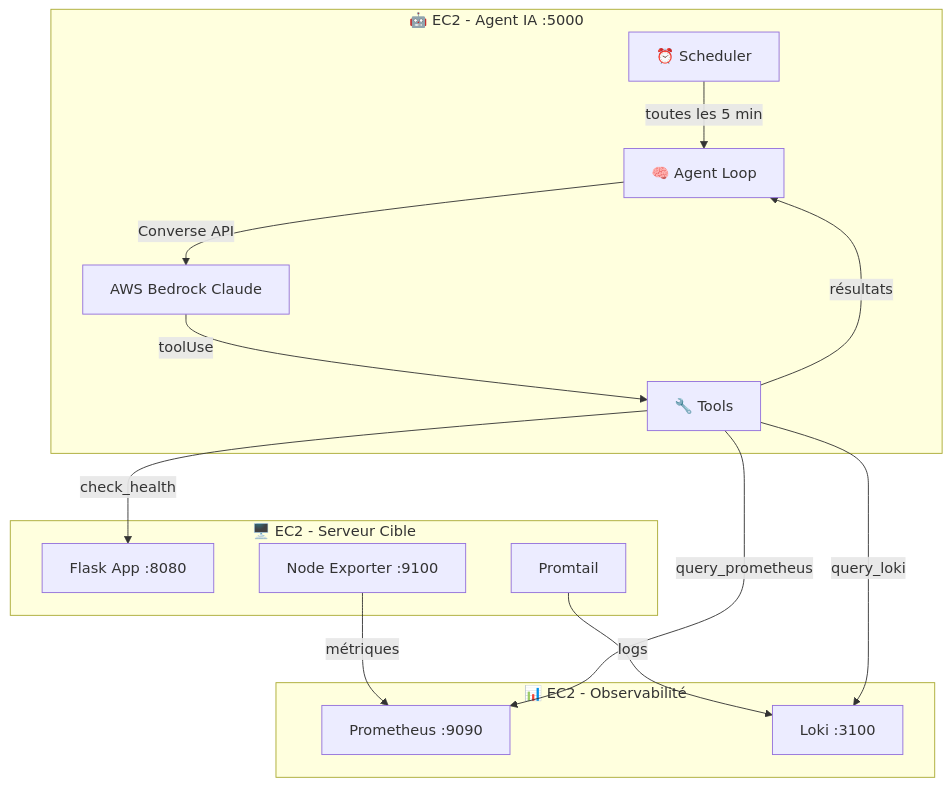
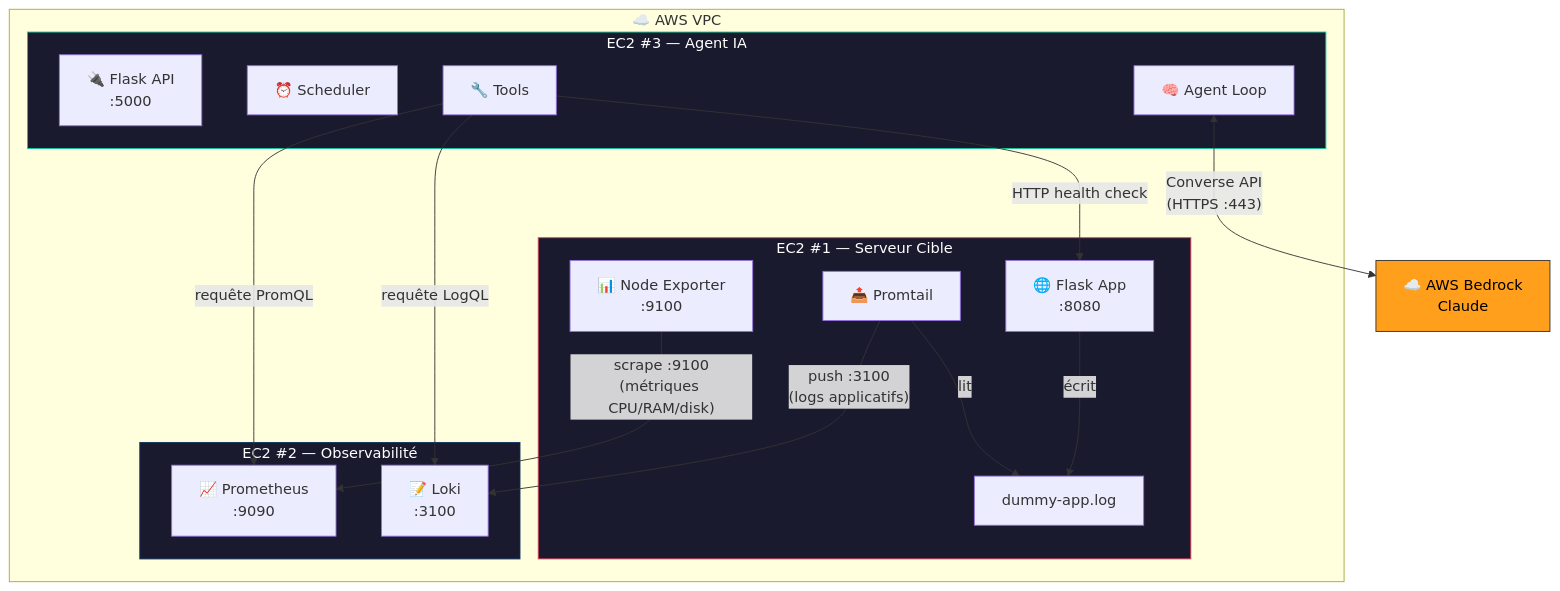
One commit to RIKIEL-K/monitoring-ia changed the first of 6 diagrams in README.md. Above: the diagram before and after it, drawn with Mermaid. The commit also changed other lines of this file, not shown here.

Commit message:
docs: update README with comprehensive architectural diagrams and detailed agent workflow explanations

````diff
--- a/README.md
+++ b/README.md
@@ -9,29 +13,36 @@
 ```mermaid
 flowchart TB
-    subgraph target["🖥️ EC2 - Serveur Cible"]
-        A1["Flask App :8080"] 
-        A2["Node Exporter :9100"]
-        A3["Promtail"]
+    subgraph VPC["☁️ AWS VPC"]
+        subgraph EC2_1["EC2 #1 — Serveur Cible"]
+            APP["🌐 Flask App\n:8080"]
+            NE["📊 Node Exporter\n:9100"]
+            PT["📤 Promtail"]
+            APP -->|"écrit"| LOGS["dummy-app.log"]
+            PT -->|"lit"| LOGS
+        end
+        
+        subgraph EC2_2["EC2 #2 — Observabilité"]
+            PROM["📈 Prometheus\n:9090"]
+            LOKI["📝 Loki\n:3100"]
+        end
+        
+        subgraph EC2_3["EC2 #3 — Agent IA"]
+            API["🔌 Flask API\n:5000"]
+            SCHED["⏰ Scheduler"]
+            LOOP["🧠 Agent Loop"]
+            TOOLS["🔧 Tools"]
+        end
     end
     
-    subgraph obs["📊 EC2 - Observabilité"]
-        B1["Prometheus :9090"]
-        B2["Loki :3100"]
-    end
+    NE -->|"scrape :9100\n(métriques CPU/RAM/disk)"| PROM
+    PT -->|"push :3100\n(logs applicatifs)"| LOKI
+    TOOLS -->|"requête PromQL"| PROM
+    TOOLS -->|"requête LogQL"| LOKI
+    TOOLS -->|"HTTP health check"| APP
+    LOOP <-->|"Converse API\n(HTTPS :443)"| BEDROCK["☁️ AWS Bedrock\nClaude"]
     
-    subgraph agent["🤖 EC2 - Agent IA :5000"]
-        S["⏰ Scheduler"]
-        L["🧠 Agent Loop"]
-        T["🔧 Tools"]
-        S -->|"toutes les 5 min"| L
-        L -->|"Converse API"| BK["AWS Bedrock Claude"]
-        BK -->|"toolUse"| T
-        T -->|"résultats"| L
-    end
-    
-    A2 -->|métriques| B1
-    A3 -->|logs| B2
-    T -->|"query_prometheus"| B1
-    T -->|"query_loki"| B2
-    T -->|"check_health"| A1
+    style EC2_1 fill:#1a1a2e,stroke:#e94560,color:#fff
+    style EC2_2 fill:#1a1a2e,stroke:#0f3460,color:#fff
+    style EC2_3 fill:#1a1a2e,stroke:#16c79a,color:#fff
+    style BEDROCK fill:#ff9f1c,stroke:#333,color:#000
 ```
````
